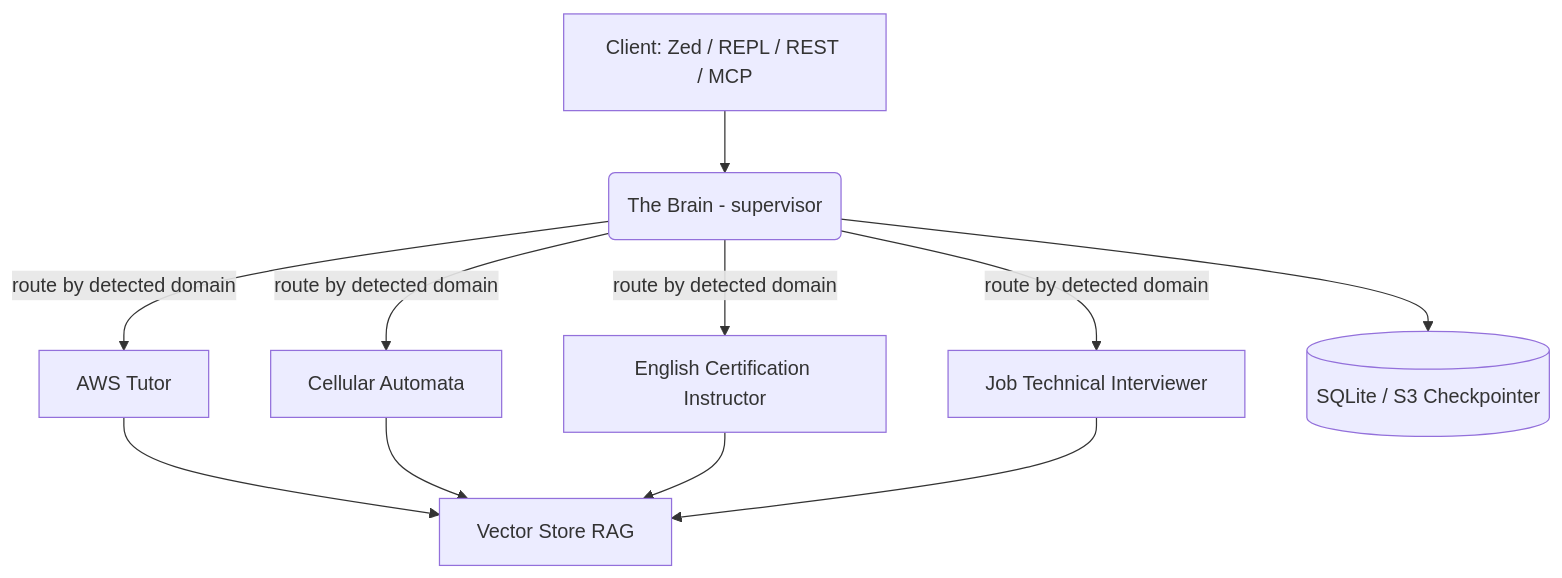
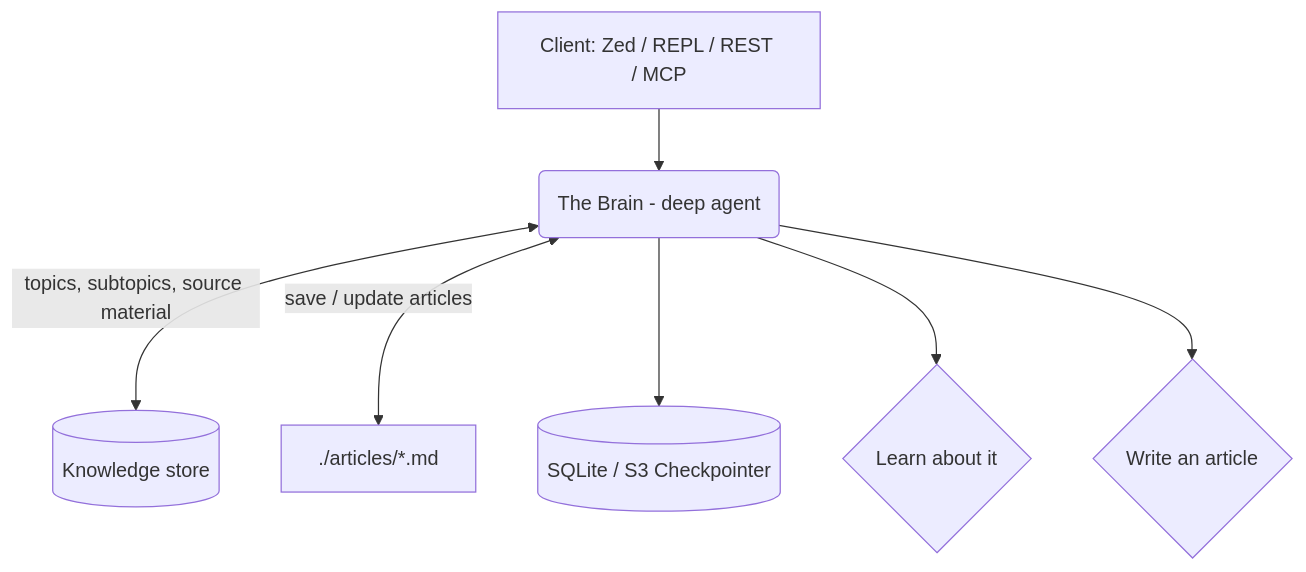
The diagram in docs/docs/intro.mdx (thiagocolen/pinky-and-the-brain), drawn with Mermaid before and after one commit. The commit also changed other lines of this file and 39 other files, not shown here.

````diff
--- a/docs/docs/intro.mdx
+++ b/docs/docs/intro.mdx
@@ -26,13 +31,9 @@
 ```mermaid
 graph TD
-    A[Client: Zed / REPL / REST / MCP] --> B(The Brain - supervisor)
-    B -->|route by detected domain| C[AWS Tutor]
-    B -->|route by detected domain| D[Cellular Automata]
-    B -->|route by detected domain| E[English Certification Instructor]
-    B -->|route by detected domain| F[Job Technical Interviewer]
-    C --> G[Vector Store RAG]
-    D --> G
-    E --> G
-    F --> G
+    A[Client: Zed / REPL / REST / MCP] --> B(The Brain - deep agent)
+    B <-->|topics, subtopics, source material| G[(Knowledge store)]
+    B <-->|save / update articles| I[./articles/*.md]
     B --> H[(SQLite / S3 Checkpointer)]
+    B --> J{Learn about it}
+    B --> K{Write an article}
 ```
````
